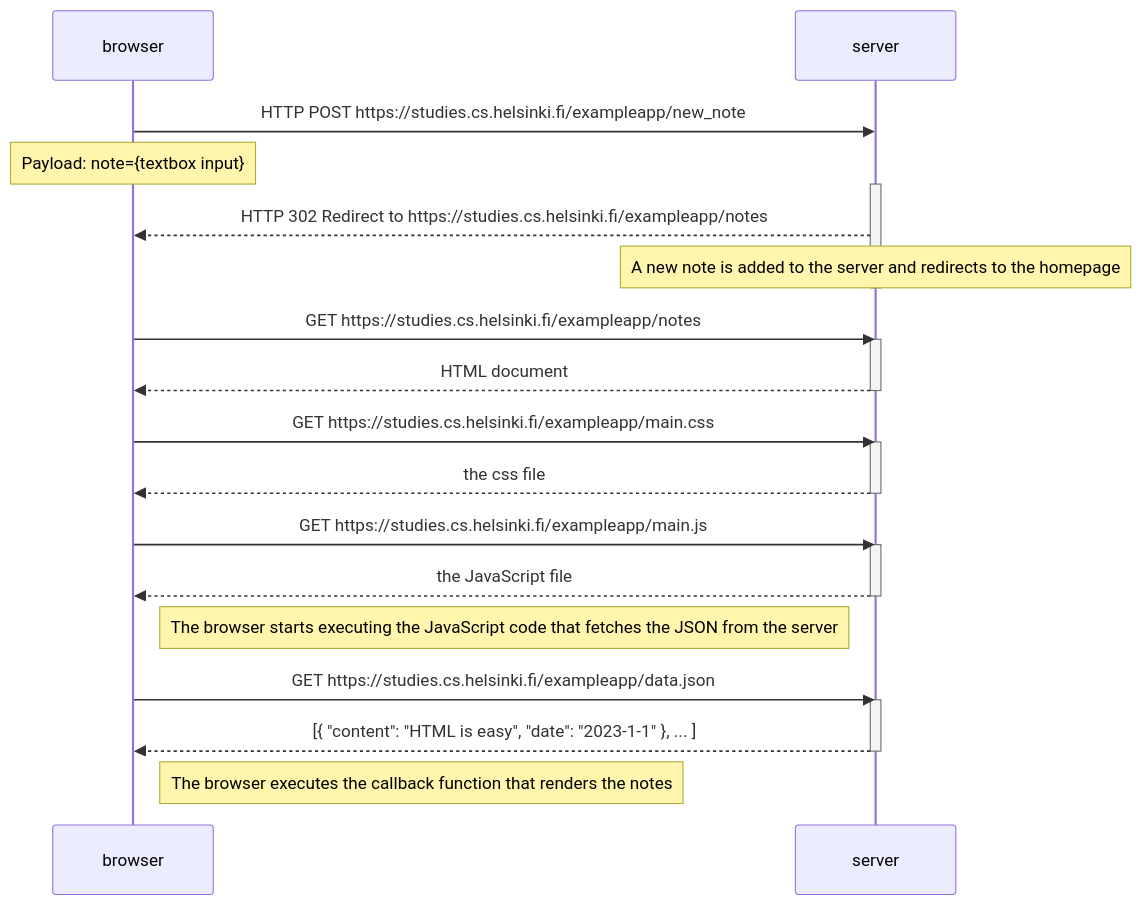
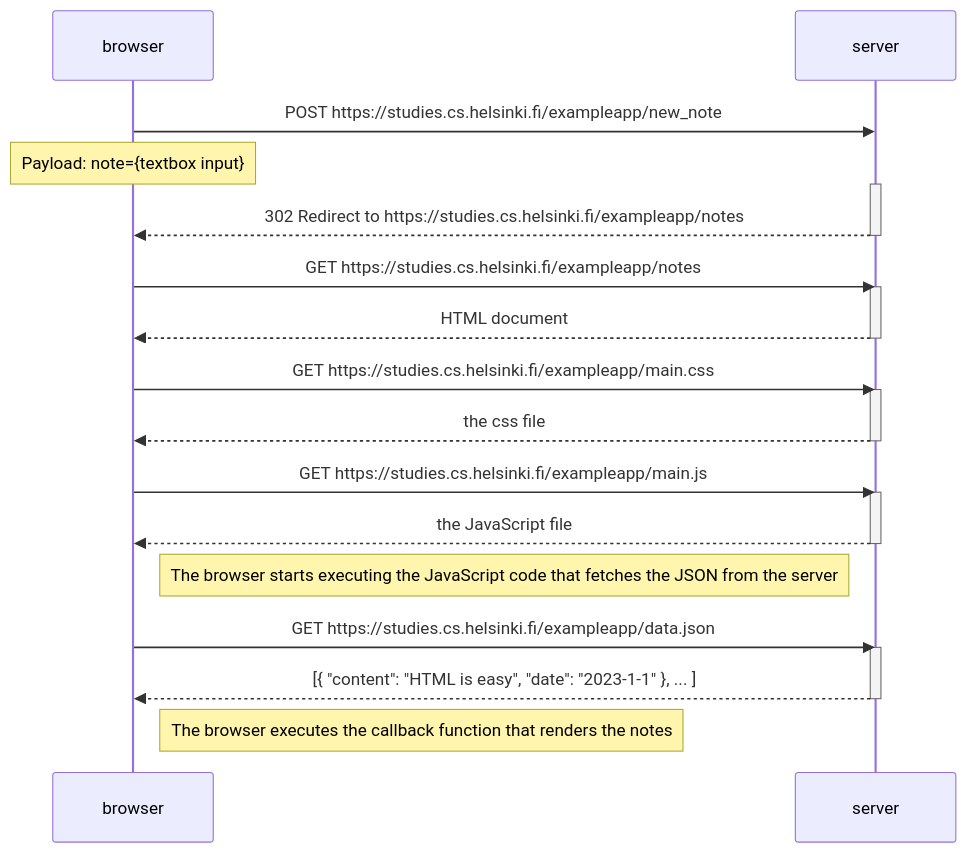
Before and after one commit to mdsahilak/FullStackOpen-Course: the diagram in excercises/part0/ex0.4.md, drawn with Mermaid.

````diff
--- a/excercises/part0/ex0.4.md
+++ b/excercises/part0/ex0.4.md
@@ -1,36 +1,35 @@
 ```mermaid
 sequenceDiagram
     participant browser
     participant server
 
-    browser->>server: HTTP POST https://studies.cs.helsinki.fi/exampleapp/new_note
+    browser->>server: POST https://studies.cs.helsinki.fi/exampleapp/new_note
     Note over browser: Payload: note={textbox input}
     activate server
-    server-->>browser: HTTP 302 Redirect to https://studies.cs.helsinki.fi/exampleapp/notes
-    Note over server: A new note is added to the server and redirects to the homepage
+    server-->>browser: 302 Redirect to https://studies.cs.helsinki.fi/exampleapp/notes
     deactivate server
 
     browser->>server: GET https://studies.cs.helsinki.fi/exampleapp/notes
     activate server
     server-->>browser: HTML document
     deactivate server
 
     browser->>server: GET https://studies.cs.helsinki.fi/exampleapp/main.css
     activate server
     server-->>browser: the css file
     deactivate server
 
     browser->>server: GET https://studies.cs.helsinki.fi/exampleapp/main.js
     activate server
     server-->>browser: the JavaScript file
     deactivate server
 
     Note right of browser: The browser starts executing the JavaScript code that fetches the JSON from the server
 
     browser->>server: GET https://studies.cs.helsinki.fi/exampleapp/data.json
     activate server
     server-->>browser: [{ "content": "HTML is easy", "date": "2023-1-1" }, ... ]
     deactivate server
 
     Note right of browser: The browser executes the callback function that renders the notes
 ```
````
